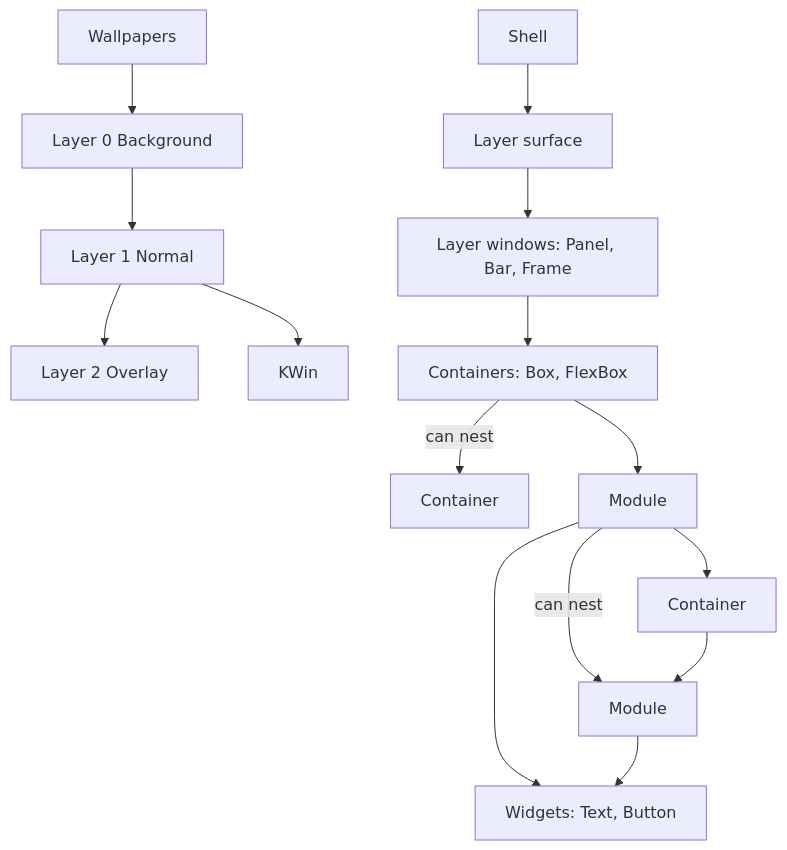
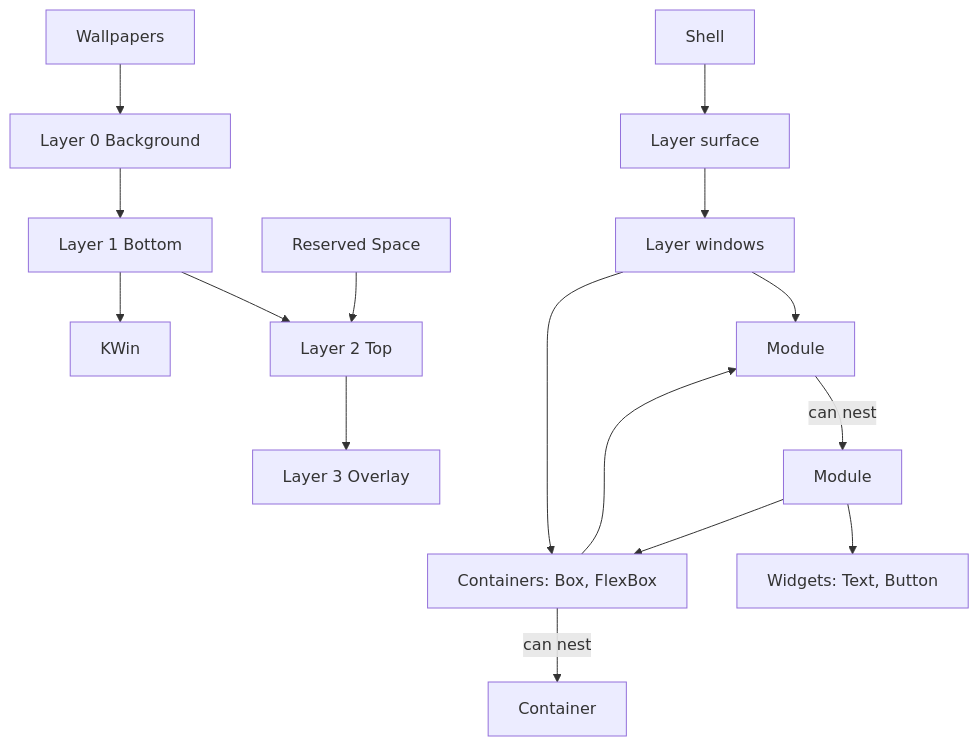
One commit to mindderivative/tess-shell changed the diagram in 20 Architecture/Shell Structure.md. Above: the diagram before and after it, drawn with Mermaid. The commit also changed other lines of this file and 4 other files, not shown here.

Commit message:
Check the updated flow diagram: four layers, kinds per layer, Frame on Top; rewrite Shell Structure

````diff
--- a/20 Architecture/Shell Structure.md
+++ b/20 Architecture/Shell Structure.md
@@ -23,17 +23,18 @@
 ```mermaid
 flowchart TB
     wall[Wallpapers] --> l0[Layer 0 Background]
-    l0 --> l1[Layer 1 Normal]
-    l1 --> l2[Layer 2 Overlay]
+    l0 --> l1[Layer 1 Bottom]
+    l1 --> l2[Layer 2 Top]
+    l2 --> l3[Layer 3 Overlay]
     l1 --> kwin[KWin]
+    res[Reserved Space] --> l2
     shell[Shell] --> layers[Layer surface]
-    layers --> lw[Layer windows: Panel, Bar, Frame]
+    layers --> lw[Layer windows]
+    lw --> mod1[Module]
     lw --> cont[Containers: Box, FlexBox]
     cont -->|can nest| cont2[Container]
-    cont --> mod1[Module]
+    cont --> mod1
     mod1 -->|can nest| mod2[Module]
-    mod1 --> widgets[Widgets: Text, Button]
-    mod2 --> widgets
-    mod1 --> c3[Container]
-    c3 --> mod2
+    mod2 --> widgets[Widgets: Text, Button]
+    mod2 --> cont
 ```
````
